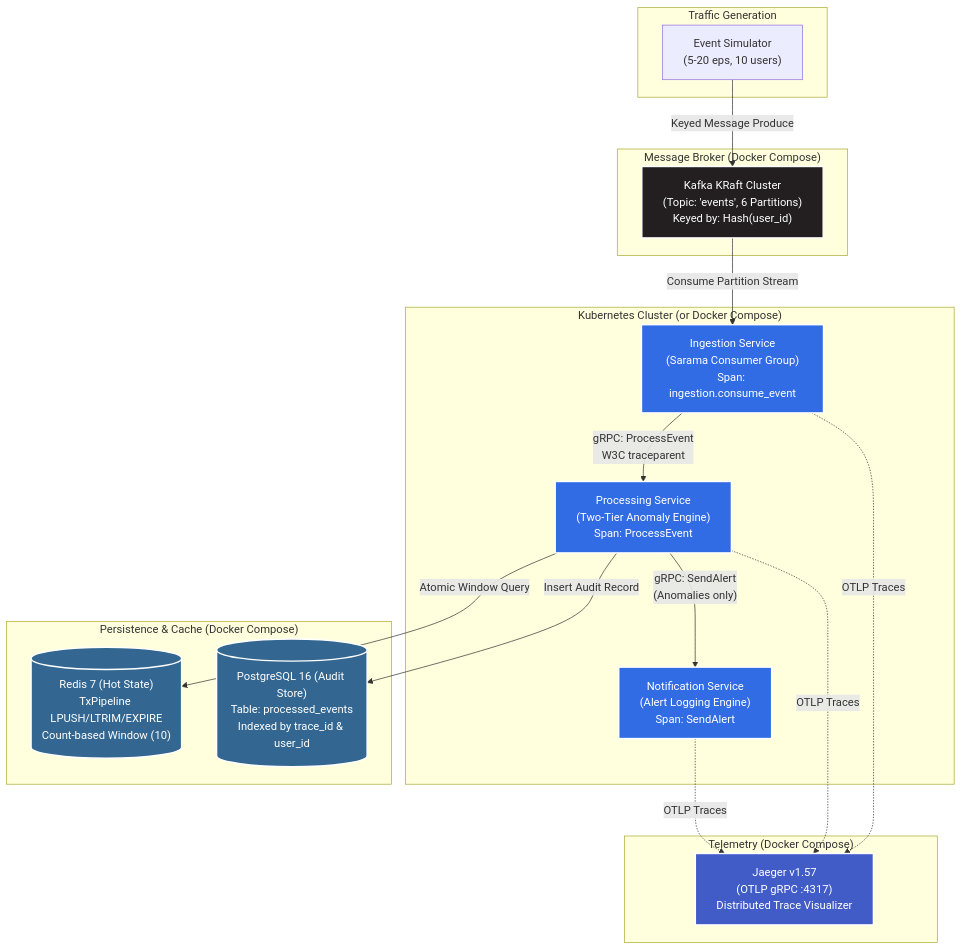
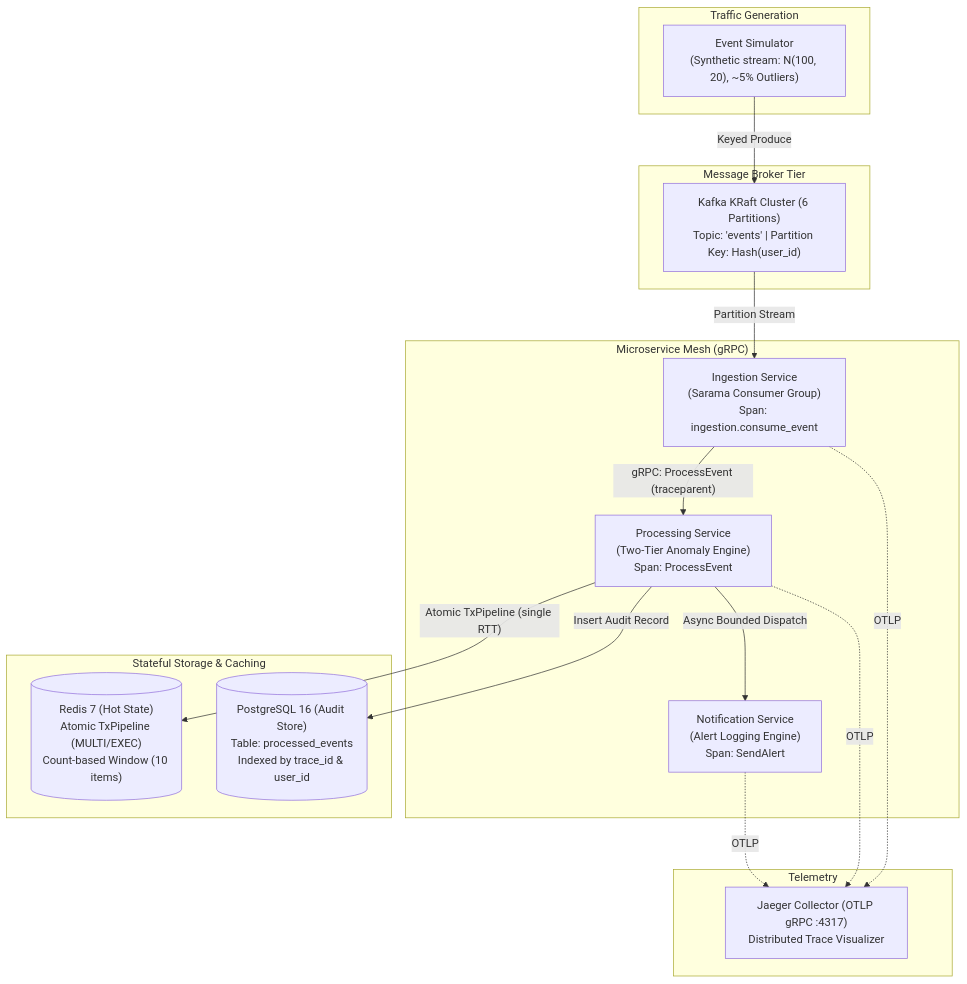
Before and after one commit to GurutejaReddy-04/surges-entry: the diagram in README.md, drawn with Mermaid. The commit also changed other lines of this file and 26 other files, not shown here.

````diff
--- a/README.md
+++ b/README.md
@@ -39,48 +19,36 @@
 ```mermaid
 flowchart TD
     subgraph Host ["Traffic Generation"]
-        SIM["Event Simulator<br/>(5-20 eps, 10 users)"]
+        SIM["Event Simulator<br/>(Synthetic stream: N(100, 20), ~5% Outliers)"]
     end
 
-    subgraph KafkaCluster ["Message Broker (Docker Compose)"]
-        KAFKA["Kafka KRaft Cluster<br/>(Topic: 'events', 6 Partitions)<br/>Keyed by: Hash(user_id)"]
+    subgraph KafkaCluster ["Message Broker Tier"]
+        KAFKA["Kafka KRaft Cluster (6 Partitions)<br/>Topic: 'events' | Partition Key: Hash(user_id)"]
     end
 
-    subgraph Kubernetes ["Kubernetes Cluster (or Docker Compose)"]
+    subgraph Microservices ["Microservice Mesh (gRPC)"]
         ING["Ingestion Service<br/>(Sarama Consumer Group)<br/>Span: ingestion.consume_event"]
         PROC["Processing Service<br/>(Two-Tier Anomaly Engine)<br/>Span: ProcessEvent"]
         NOTIF["Notification Service<br/>(Alert Logging Engine)<br/>Span: SendAlert"]
     end
 
-    subgraph StatefulStores ["Persistence & Cache (Docker Compose)"]
-        REDIS[("Redis 7 (Hot State)<br/>TxPipeline LPUSH/LTRIM/EXPIRE<br/>Count-based Window (10)")]
+    subgraph StateTier ["Stateful Storage & Caching"]
+        REDIS[("Redis 7 (Hot State)<br/>Atomic TxPipeline (MULTI/EXEC)<br/>Count-based Window (10 items)")]
         POSTGRES[("PostgreSQL 16 (Audit Store)<br/>Table: processed_events<br/>Indexed by trace_id & user_id")]
     end
 
-    subgraph Observability ["Telemetry (Docker Compose)"]
-        JAEGER["Jaeger v1.57<br/>(OTLP gRPC :4317)<br/>Distributed Trace Visualizer"]
+    subgraph Observability ["Telemetry"]
+        JAEGER["Jaeger Collector (OTLP gRPC :4317)<br/>Distributed Trace Visualizer"]
     end
 
-    %% Flow connections
-    SIM -->|"Keyed Message Produce"| KAFKA
-    KAFKA -->|"Consume Partition Stream"| ING
-    ING -->|"gRPC: ProcessEvent<br/>W3C traceparent"| PROC
-    PROC -->|"Atomic Window Query"| REDIS
+    SIM -->|"Keyed Produce"| KAFKA
+    KAFKA -->|"Partition Stream"| ING
+    ING -->|"gRPC: ProcessEvent (traceparent)"| PROC
+    PROC -->|"Atomic TxPipeline (single RTT)"| REDIS
     PROC -->|"Insert Audit Record"| POSTGRES
-    PROC -->|"gRPC: SendAlert<br/>(Anomalies only)"| NOTIF
+    PROC -->|"Async Bounded Dispatch"| NOTIF
 
-    %% Telemetry spans
-    ING -.->|"OTLP Traces"| JAEGER
-    PROC -.->|"OTLP Traces"| JAEGER
-    NOTIF -.->|"OTLP Traces"| JAEGER
-
-    classDef k8s fill:#326ce5,stroke:#fff,stroke-width:2px,color:#fff;
-    classDef store fill:#336791,stroke:#fff,stroke-width:2px,color:#fff;
-    classDef broker fill:#231f20,stroke:#fff,stroke-width:2px,color:#fff;
-    classDef obs fill:#425cc7,stroke:#fff,stroke-width:2px,color:#fff;
-
-    class ING,PROC,NOTIF k8s;
-    class REDIS,POSTGRES store;
-    class KAFKA broker;
-    class JAEGER obs;
+    ING -.->|"OTLP"| JAEGER
+    PROC -.->|"OTLP"| JAEGER
+    NOTIF -.->|"OTLP"| JAEGER
 ```
````
